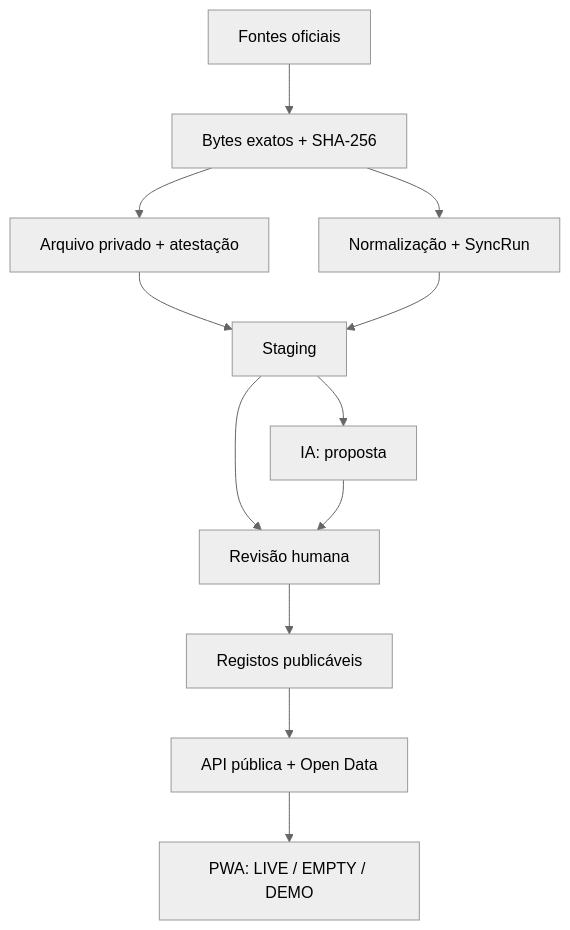
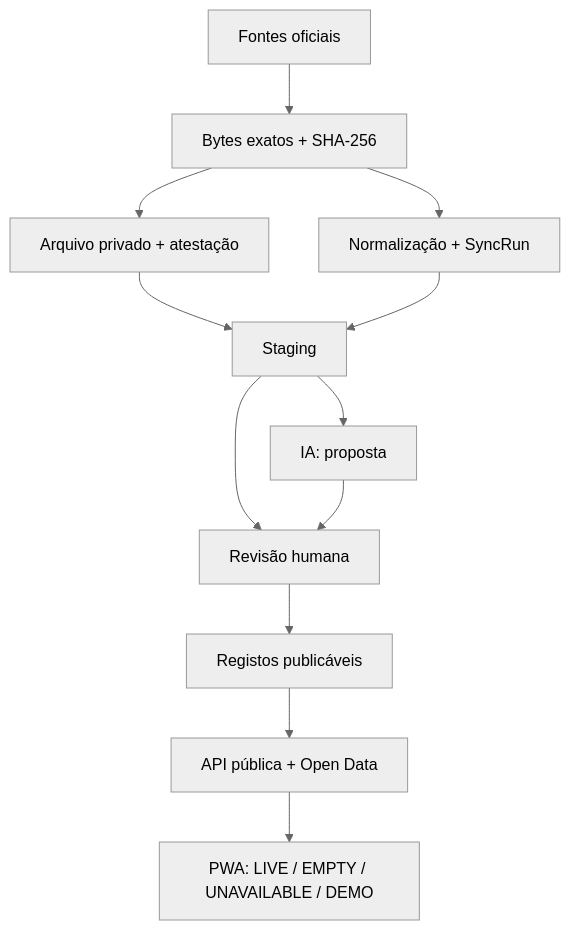
The diagram in README.md (DxMaxi/transparencia-total-open-source), drawn with Mermaid (neutral theme) before and after one commit. The commit also changed other lines of this file and 69 other files, not shown here.

````diff
--- a/README.md
+++ b/README.md
@@ -78,14 +82,14 @@
 ```mermaid
 flowchart TD
   A["Fontes oficiais"] --> B["Bytes exatos + SHA-256"]
   B --> C["Arquivo privado + atestação"]
   B --> D["Normalização + SyncRun"]
   C --> E["Staging"]
   D --> E
   E --> F["Revisão humana"]
   F --> G["Registos publicáveis"]
   G --> H["API pública + Open Data"]
-  H --> I["PWA: LIVE / EMPTY / DEMO"]
+  H --> I["PWA: LIVE / EMPTY / UNAVAILABLE / DEMO"]
   E --> J["IA: proposta"]
   J --> F
 ```
````
